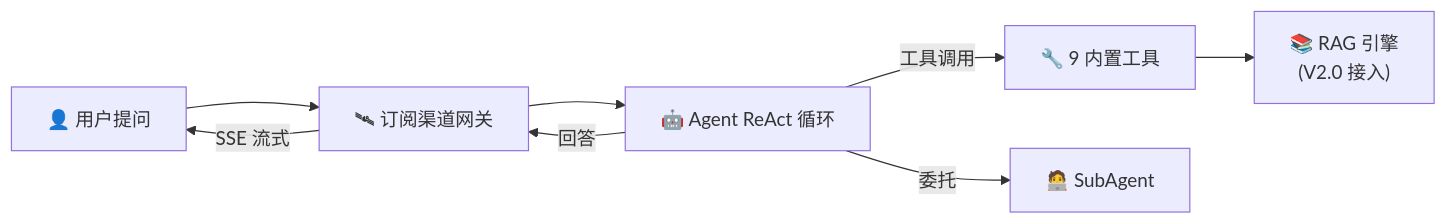
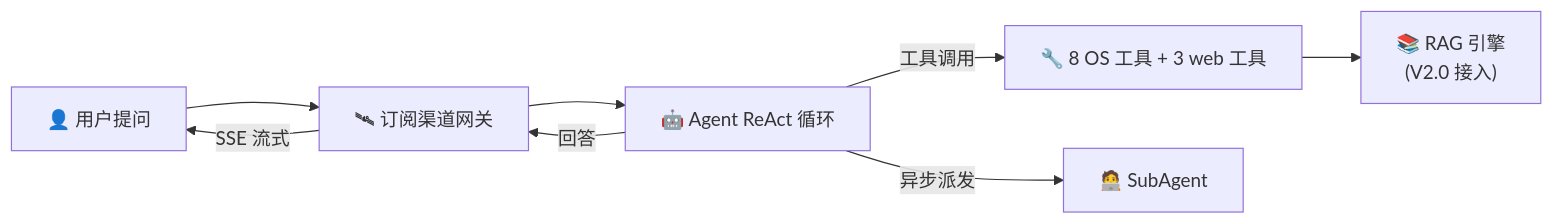
The first of 4 diagrams in README.md (int2t05/Cognik), drawn with Mermaid before and after one commit. The commit also changed other lines of this file, not shown here.

First line of the commit message:
docs(readme): 更新 V1.4——自建 Loop + SubAgent 异步 + 深度搜索工具链

````diff
--- a/README.md
+++ b/README.md
@@ -29,10 +29,10 @@
 ```mermaid
 graph LR
     A["👤 用户提问"] --> GW["🛰 订阅渠道网关"]
     GW --> AG["🤖 Agent ReAct 循环"]
-    AG -->|"工具调用"| T["🔧 9 内置工具"]
-    AG -->|"委托"| SA["🧑‍💻 SubAgent"]
+    AG -->|"工具调用"| T["🔧 8 OS 工具 + 3 web 工具"]
+    AG -->|"异步派发"| SA["🧑‍💻 SubAgent"]
     AG -->|"回答"| GW
     GW -->|"SSE 流式"| A
     T --> RAG["📚 RAG 引擎<br>(V2.0 接入)"]
 ```
````
